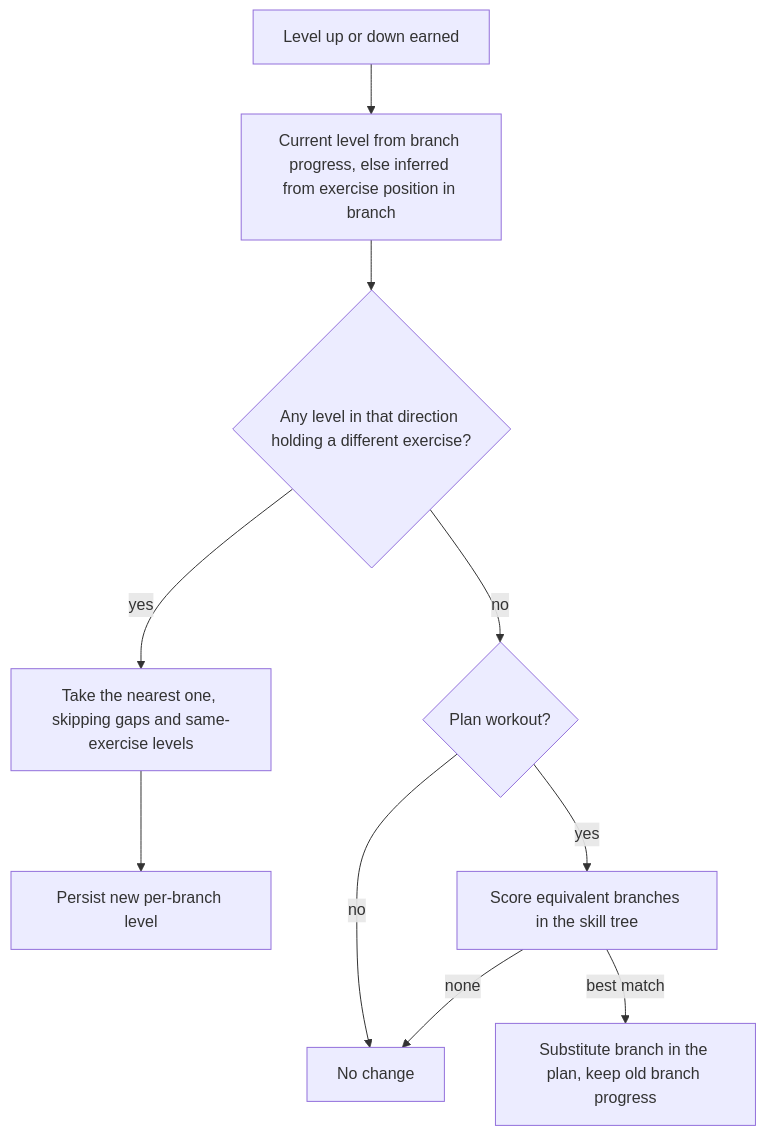
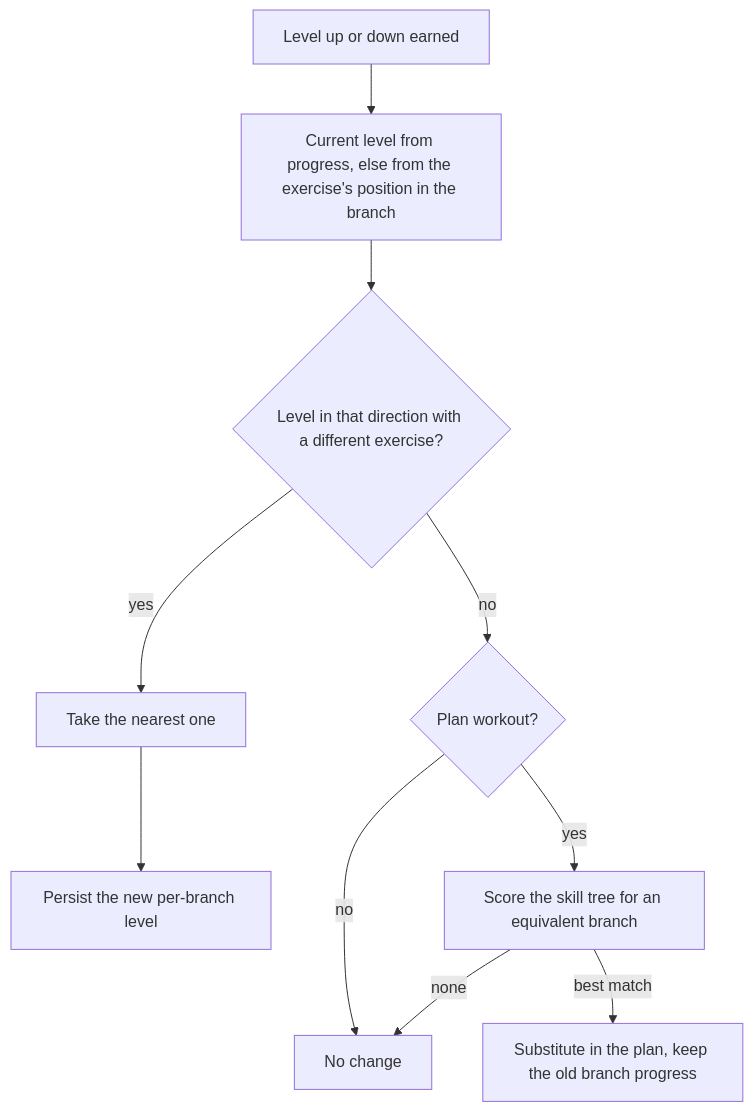
One commit to digital-athletic/sports-athletic changed the first of 2 diagrams in athlete-mobile/docs/specs/branch-exercise-level-system.md. Above: the diagram before and after it, drawn with Mermaid. The commit also changed other lines of this file, not shown here.

Commit message:
shorten branch exercise spec

````diff
--- a/athlete-mobile/docs/specs/branch-exercise-level-system.md
+++ b/athlete-mobile/docs/specs/branch-exercise-level-system.md
@@ -74,12 +78,12 @@
 ```mermaid
 flowchart TD
-    A[Level up or down earned] --> B[Current level from branch progress, else inferred from exercise position in branch]
-    B --> C{Any level in that direction holding a different exercise?}
-    C -- yes --> D[Take the nearest one, skipping gaps and same-exercise levels]
-    D --> E[Persist new per-branch level]
+    A[Level up or down earned] --> B[Current level from progress, else from the exercise's position in the branch]
+    B --> C{Level in that direction with a different exercise?}
+    C -- yes --> D[Take the nearest one]
+    D --> E[Persist the new per-branch level]
     C -- no --> F{Plan workout?}
     F -- no --> G[No change]
-    F -- yes --> H[Score equivalent branches in the skill tree]
-    H -- best match --> I[Substitute branch in the plan, keep old branch progress]
+    F -- yes --> H[Score the skill tree for an equivalent branch]
+    H -- best match --> I[Substitute in the plan, keep the old branch progress]
     H -- none --> G
 ```
````
